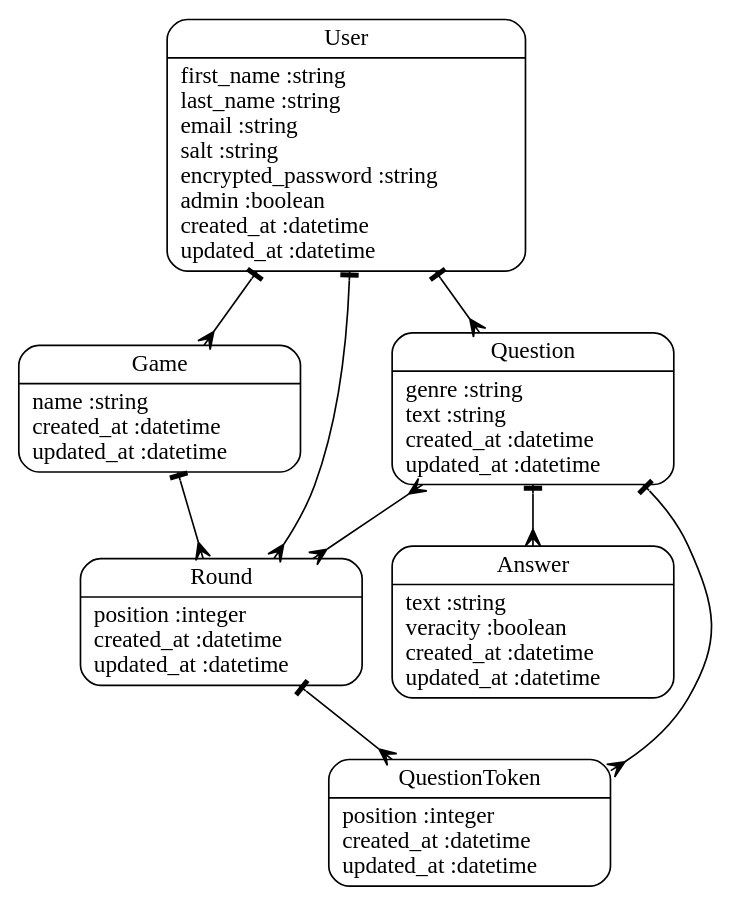
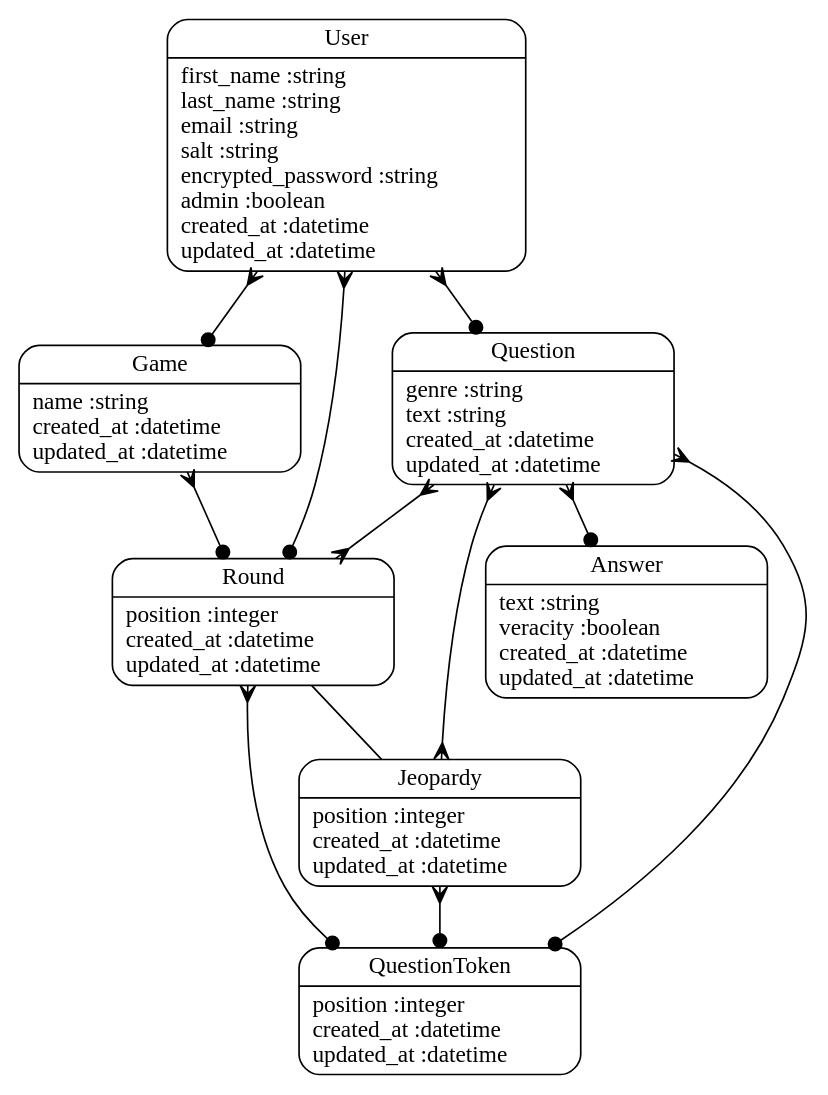
Before and after one commit to griswoldbar/Kwisatz: the diagram in models.dot, drawn with Graphviz. The commit also changed 17 other files, not shown here.

```diff
--- a/models.dot
+++ b/models.dot
@@ -1,17 +1,21 @@
 digraph models_diagram {
 	graph[overlap=false, splines=true]
 	"Answer" [shape=Mrecord, label="{Answer|text :string\lveracity :boolean\lcreated_at :datetime\lupdated_at :datetime\l}"]
 	"Game" [shape=Mrecord, label="{Game|name :string\lcreated_at :datetime\lupdated_at :datetime\l}"]
+	"Jeopardy" [shape=Mrecord, label="{Jeopardy|position :integer\lcreated_at :datetime\lupdated_at :datetime\l}"]
 	"Question" [shape=Mrecord, label="{Question|genre :string\ltext :string\lcreated_at :datetime\lupdated_at :datetime\l}"]
 	"QuestionToken" [shape=Mrecord, label="{QuestionToken|position :integer\lcreated_at :datetime\lupdated_at :datetime\l}"]
 	"Round" [shape=Mrecord, label="{Round|position :integer\lcreated_at :datetime\lupdated_at :datetime\l}"]
 	"User" [shape=Mrecord, label="{User|first_name :string\llast_name :string\lemail :string\lsalt :string\lencrypted_password :string\ladmin :boolean\lcreated_at :datetime\lupdated_at :datetime\l}"]
-	"Game" -> "Round" [arrowtail=tee, arrowhead=crow, dir=both]
-	"Question" -> "Answer" [arrowtail=tee, arrowhead=crow, dir=both]
-	"Question" -> "QuestionToken" [arrowtail=tee, arrowhead=crow, dir=both]
+	"Game" -> "Round" [arrowtail=crow, arrowhead=dot, dir=both]
+	"Jeopardy" -> "QuestionToken" [arrowtail=crow, arrowhead=dot, dir=both]
+	"Jeopardy" -> "Question" [arrowtail=crow, arrowhead=crow, dir=both]
+	"Round" -> "Jeopardy" [label="", arrowhead="none", arrowtail="onormal"]
+	"Question" -> "Answer" [arrowtail=crow, arrowhead=dot, dir=both]
+	"Question" -> "QuestionToken" [arrowtail=crow, arrowhead=dot, dir=both]
 	"Question" -> "Round" [arrowtail=crow, arrowhead=crow, dir=both]
-	"Round" -> "QuestionToken" [arrowtail=tee, arrowhead=crow, dir=both]
-	"User" -> "Game" [arrowtail=tee, arrowhead=crow, dir=both]
-	"User" -> "Round" [arrowtail=tee, arrowhead=crow, dir=both]
-	"User" -> "Question" [arrowtail=tee, arrowhead=crow, dir=both]
+	"Round" -> "QuestionToken" [arrowtail=crow, arrowhead=dot, dir=both]
+	"User" -> "Game" [arrowtail=crow, arrowhead=dot, dir=both]
+	"User" -> "Round" [arrowtail=crow, arrowhead=dot, dir=both]
+	"User" -> "Question" [arrowtail=crow, arrowhead=dot, dir=both]
 }
```
